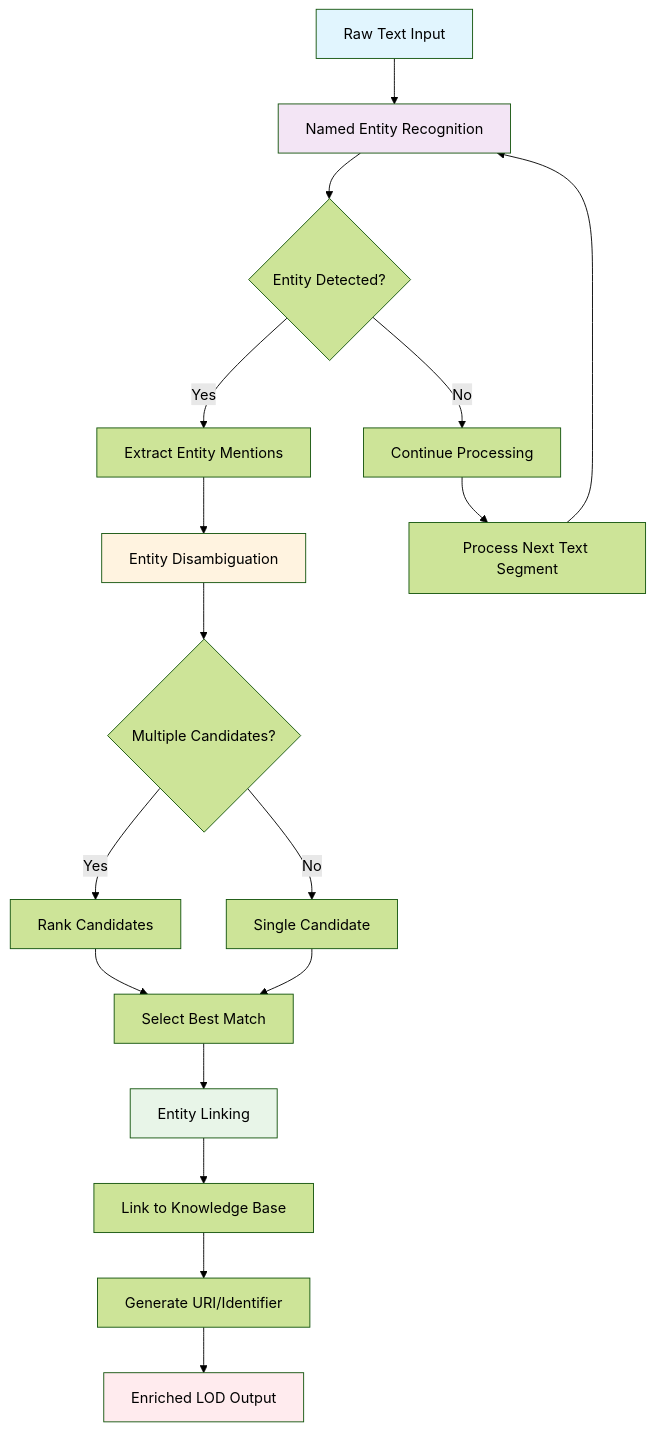
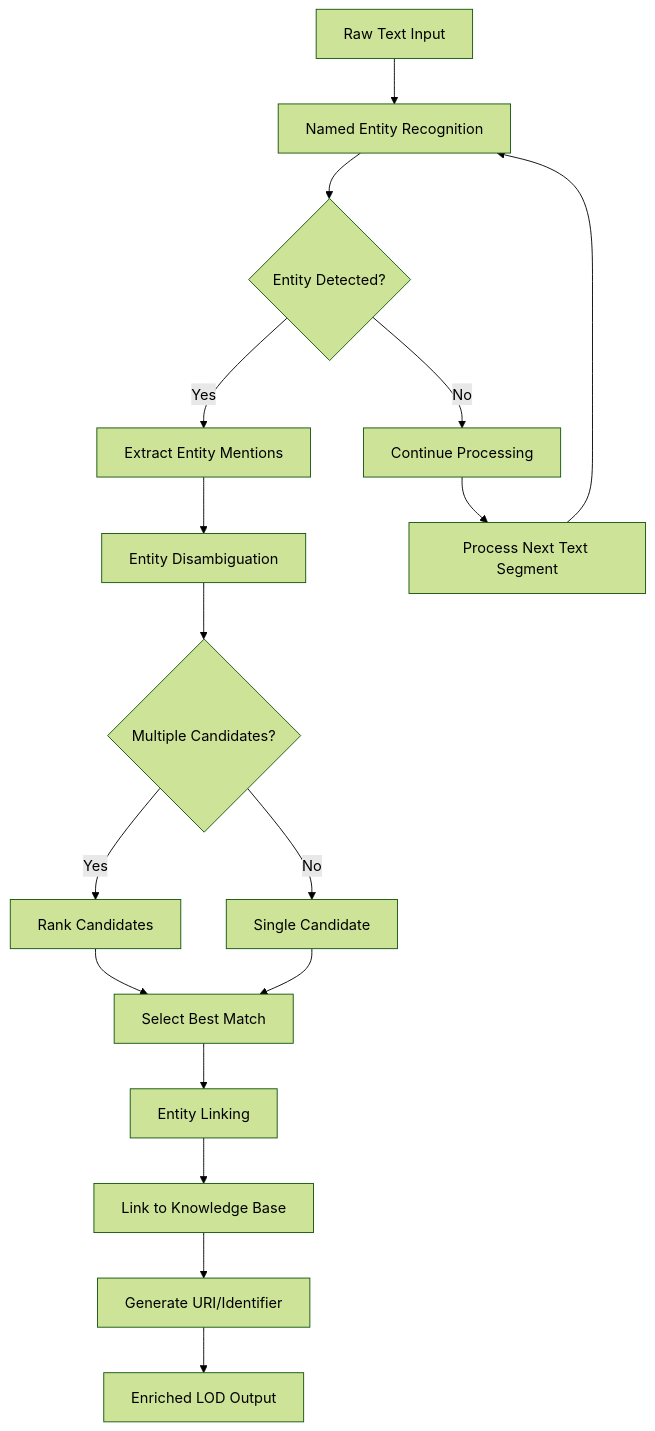
Before and after one commit to pelagios/llm-lod-enriching-heritage: the diagram in notebooks/tasks/tasks.md, drawn with Mermaid (forest theme). The commit also changed 3 other files, not shown here.

````diff
--- a/notebooks/tasks/tasks.md
+++ b/notebooks/tasks/tasks.md
@@ -5,29 +5,23 @@
 ```mermaid
 flowchart TD
     A[Raw Text Input] --> B[Named Entity Recognition]
     B --> C{Entity Detected?}
     C -->|Yes| D[Extract Entity Mentions]
     C -->|No| E[Continue Processing]
     
     D --> F[Entity Disambiguation]
     F --> G{Multiple Candidates?}
-    G -->|Yes| H[Rank Candidates]
-    G -->|No| I[Single Candidate]
+    G --> |Yes| H[Rank Candidates]
+    G --> |No| I[Single Candidate]
     
     H --> J[Select Best Match]
     I --> J
     J --> K[Entity Linking]
     
     K --> L[Link to Knowledge Base]
     L --> M[Generate URI/Identifier]
     M --> N[Enriched LOD Output]
     
     E --> O[Process Next Text Segment]
     O --> B
-    
-    style A fill:#e1f5fe
-    style B fill:#f3e5f5
-    style F fill:#fff3e0
-    style K fill:#e8f5e8
-    style N fill:#ffebee
 ```
````
